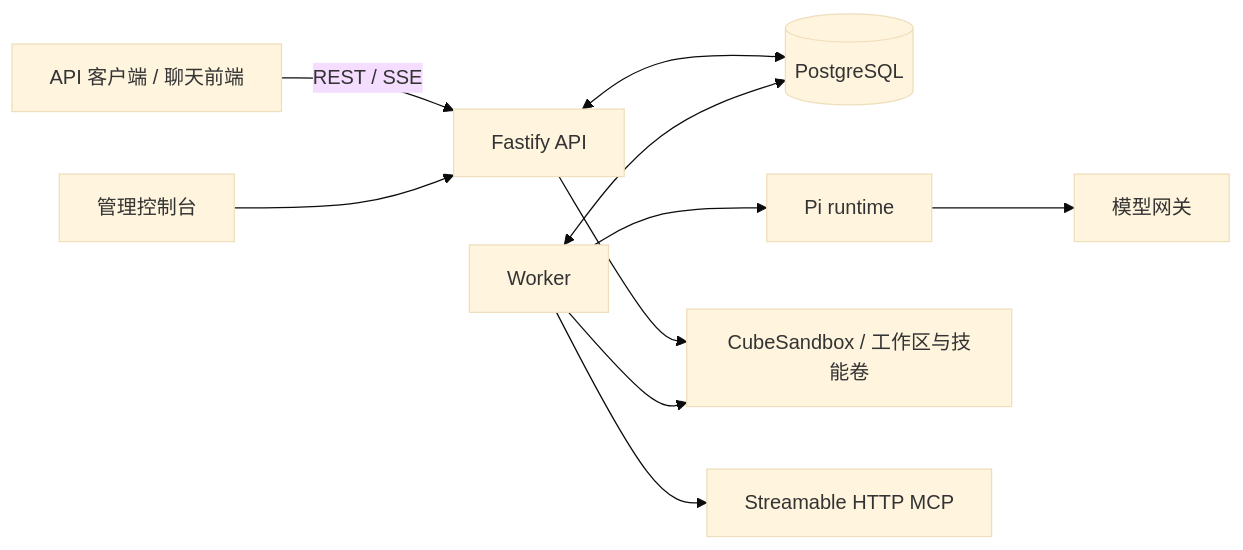
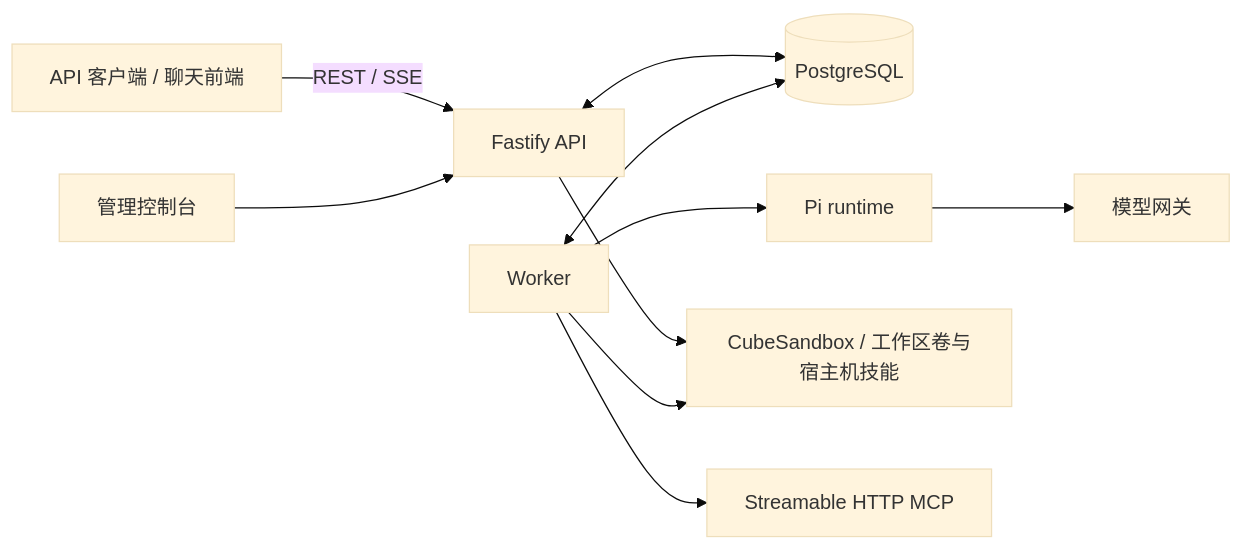
Before and after one commit to Garhorne0813/pi-flow: the diagram in README.zh-CN.md, drawn with Mermaid (base theme). The commit also changed other lines of this file and 11 other files, not shown here.

````diff
--- a/README.zh-CN.md
+++ b/README.zh-CN.md
@@ -86,12 +86,12 @@
 ```mermaid
 flowchart LR
     Client[API 客户端 / 聊天前端] -->|REST / SSE| API[Fastify API]
     Console[管理控制台] --> API
     API <--> DB[(PostgreSQL)]
     Worker[Worker] <--> DB
     Worker --> Pi[Pi runtime]
     Pi --> Gateway[模型网关]
-    API --> Cube[CubeSandbox / 工作区与技能卷]
+    API --> Cube[CubeSandbox / 工作区卷与宿主机技能]
     Worker --> Cube
     Worker --> MCP[Streamable HTTP MCP]
 ```
````
